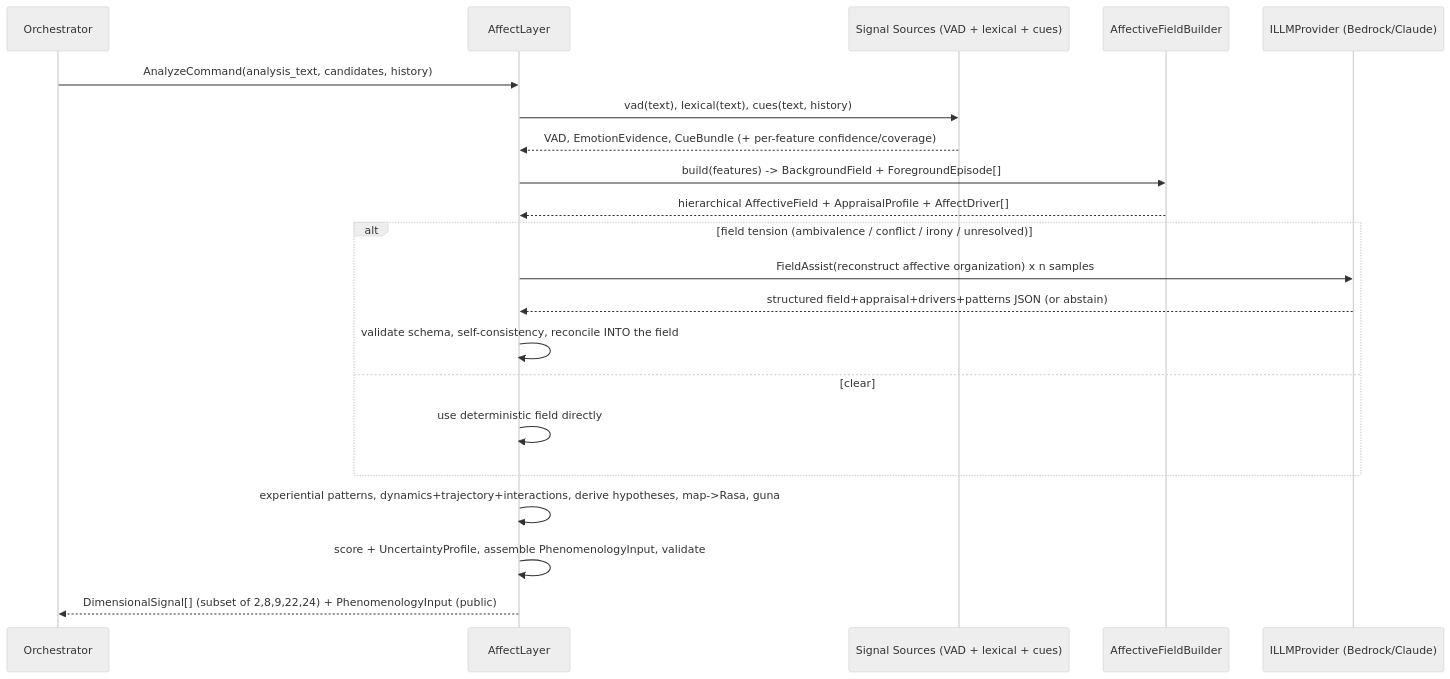
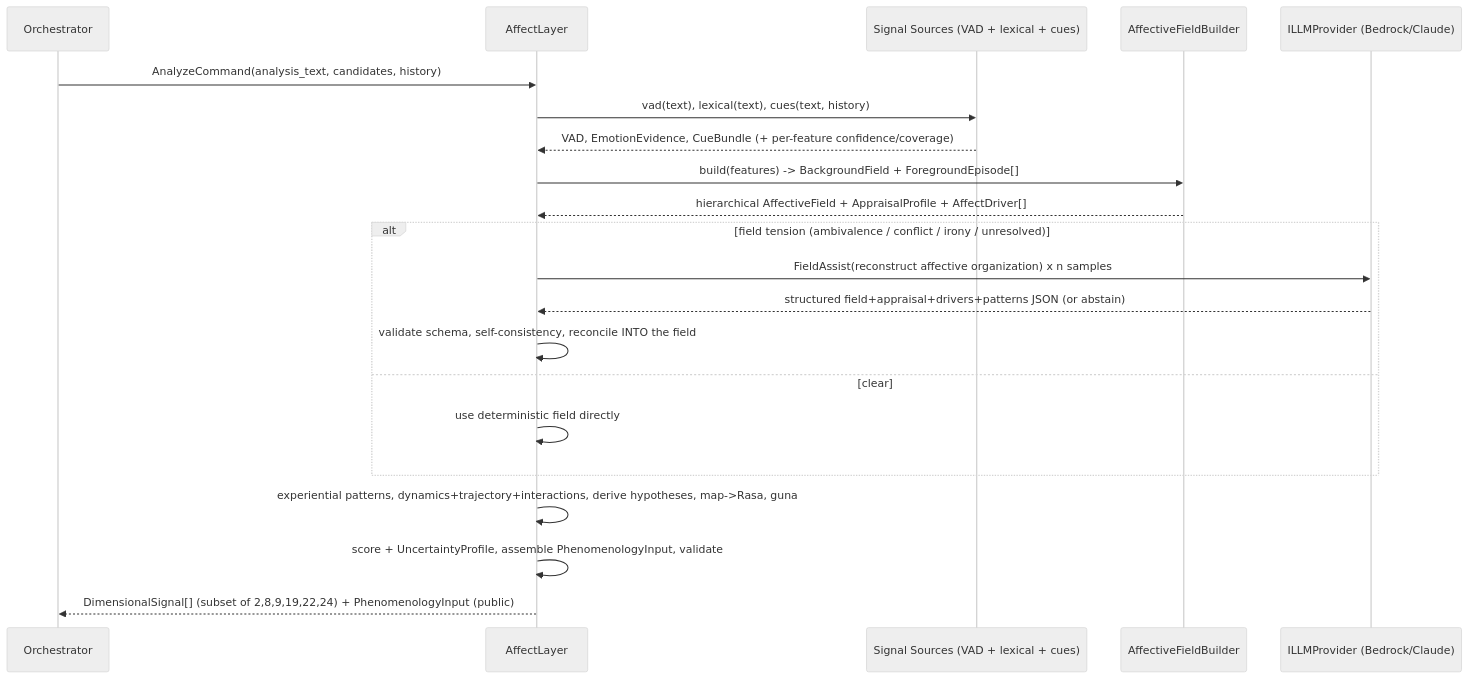
Before and after one commit to diwakar-citridot/affect_analysis: the third of 4 diagrams in documentation/design/aff_layer_design.md, drawn with Mermaid (neutral theme). The commit also changed other lines of this file and 60 other files, not shown here.

````diff
--- a/documentation/design/aff_layer_design.md
+++ b/documentation/design/aff_layer_design.md
@@ -1174,23 +1237,23 @@
 ```mermaid
 sequenceDiagram
     participant ORCH as Orchestrator
     participant AFF as AffectLayer
     participant SRC as Signal Sources (VAD + lexical + cues)
     participant FB as AffectiveFieldBuilder
     participant LLM as ILLMProvider (Bedrock/Claude)
     ORCH->>AFF: AnalyzeCommand(analysis_text, candidates, history)
     AFF->>SRC: vad(text), lexical(text), cues(text, history)
     SRC-->>AFF: VAD, EmotionEvidence, CueBundle (+ per-feature confidence/coverage)
     AFF->>FB: build(features) -> BackgroundField + ForegroundEpisode[]
     FB-->>AFF: hierarchical AffectiveField + AppraisalProfile + AffectDriver[]
     alt field tension (ambivalence / conflict / irony / unresolved)
         AFF->>LLM: FieldAssist(reconstruct affective organization) x n samples
         LLM-->>AFF: structured field+appraisal+drivers+patterns JSON (or abstain)
         AFF->>AFF: validate schema, self-consistency, reconcile INTO the field
     else clear
         AFF->>AFF: use deterministic field directly
     end
     AFF->>AFF: experiential patterns, dynamics+trajectory+interactions, derive hypotheses, map->Rasa, guna
     AFF->>AFF: score + UncertaintyProfile, assemble PhenomenologyInput, validate
-    AFF-->>ORCH: DimensionalSignal[] (subset of 2,8,9,22,24) + PhenomenologyInput (public)
+    AFF-->>ORCH: DimensionalSignal[] (subset of 2,8,9,19,22,24) + PhenomenologyInput (public)
 ```
````
